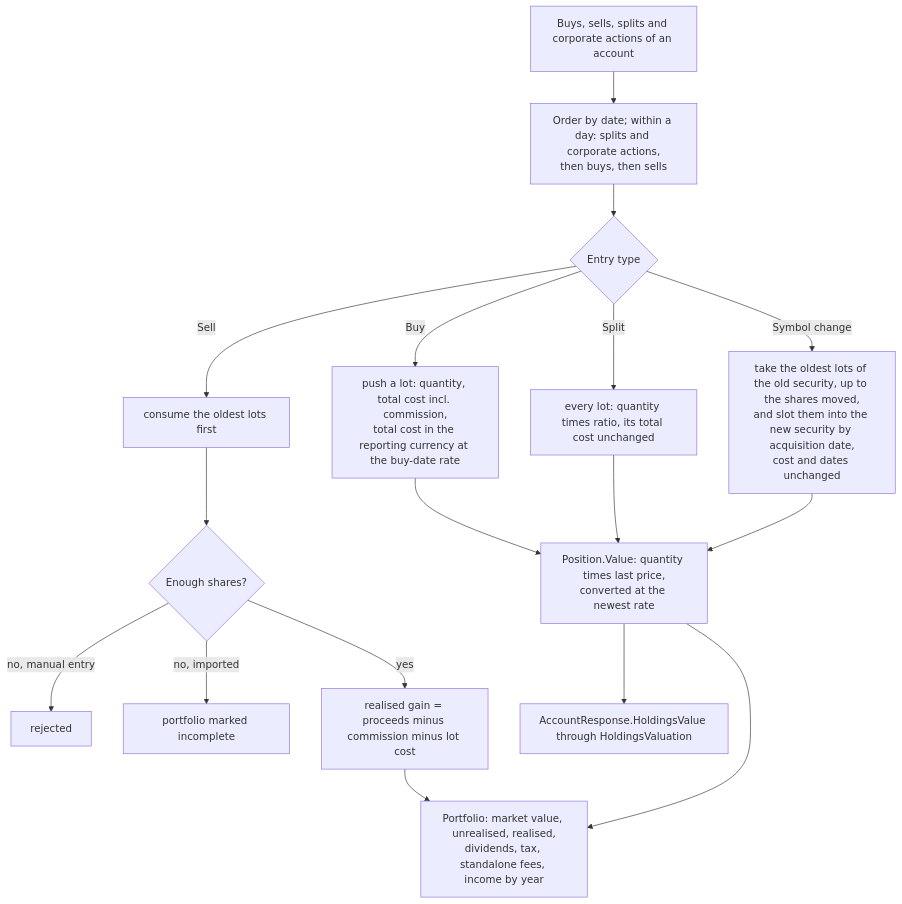
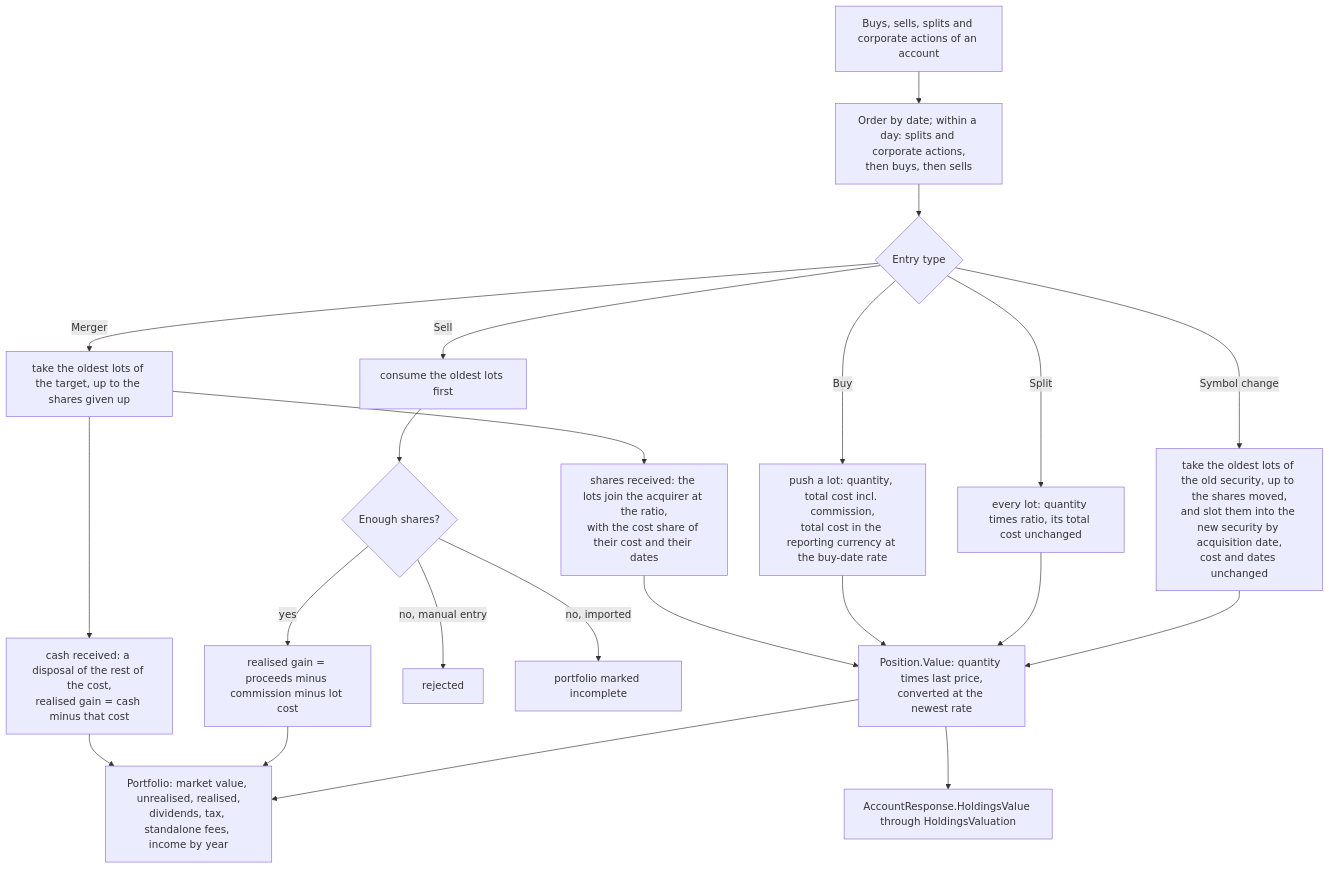
The first of 10 diagrams in docs/features/investments.md (Justxs/Jx-Finance), drawn with Mermaid before and after one commit. The commit also changed other lines of this file and 63 other files, not shown here.

````diff
--- a/docs/features/investments.md
+++ b/docs/features/investments.md
@@ -11,19 +11,24 @@
 ```mermaid
 flowchart TD
     Entries["Buys, sells, splits and corporate actions of an account"] --> Order["Order by date; within a day: splits and corporate actions,<br/>then buys, then sells"]
     Order --> Kind{"Entry type"}
     Kind -->|"Buy"| Lot["push a lot: quantity, total cost incl. commission,<br/>total cost in the reporting currency at the buy-date rate"]
     Kind -->|"Split"| Ratio["every lot: quantity times ratio, its total cost unchanged"]
     Kind -->|"Symbol change"| Move["take the oldest lots of the old security, up to the shares moved,<br/>and slot them into the new security by acquisition date,<br/>cost and dates unchanged"]
+    Kind -->|"Merger"| Merge["take the oldest lots of the target, up to the shares given up"]
+    Merge --> Shares["shares received: the lots join the acquirer at the ratio,<br/>with the cost share of their cost and their dates"]
+    Merge --> CashPart["cash received: a disposal of the rest of the cost,<br/>realised gain = cash minus that cost"]
+    Shares --> Pos
+    CashPart --> Totals
     Kind -->|"Sell"| Fifo["consume the oldest lots first"]
     Fifo --> Cover{"Enough shares?"}
     Cover -->|"no, manual entry"| Reject["rejected"]
     Cover -->|"no, imported"| Incomplete["portfolio marked incomplete"]
     Cover -->|"yes"| Realised["realised gain = proceeds minus commission minus lot cost"]
     Lot --> Pos["Position.Value: quantity times last price,<br/>converted at the newest rate"]
     Ratio --> Pos
     Move --> Pos
     Realised --> Totals["Portfolio: market value, unrealised, realised,<br/>dividends, tax, standalone fees, income by year"]
     Pos --> Totals
     Pos --> AccBal["AccountResponse.HoldingsValue through HoldingsValuation"]
 ```
````
